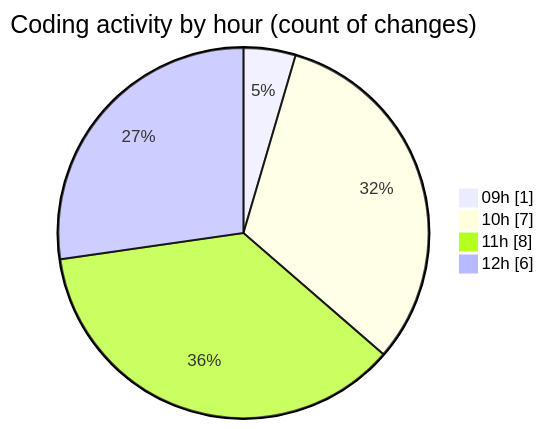
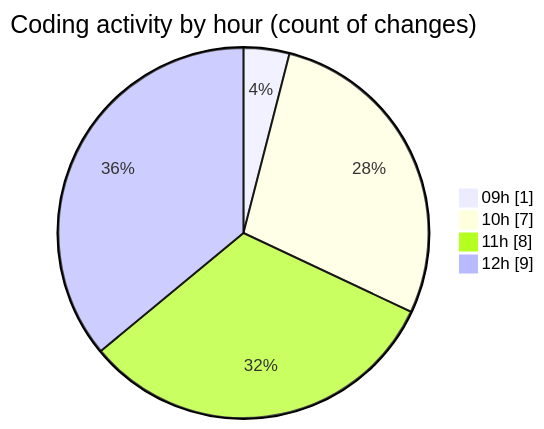
The second of 2 diagrams in 2025-02-12/elitegpt/README.md (Elitesun/code-tracking), drawn with Mermaid before and after one commit. The commit also changed other lines of this file and 1 other file, not shown here.

````diff
--- a/2025-02-12/elitegpt/README.md
+++ b/2025-02-12/elitegpt/README.md
@@ -39,8 +39,8 @@
 ```mermaid
 pie showData
 title Coding activity by hour (count of changes)
 "09h" : 1
 "10h" : 7
 "11h" : 8
-"12h" : 6
+"12h" : 9
 ```
````
